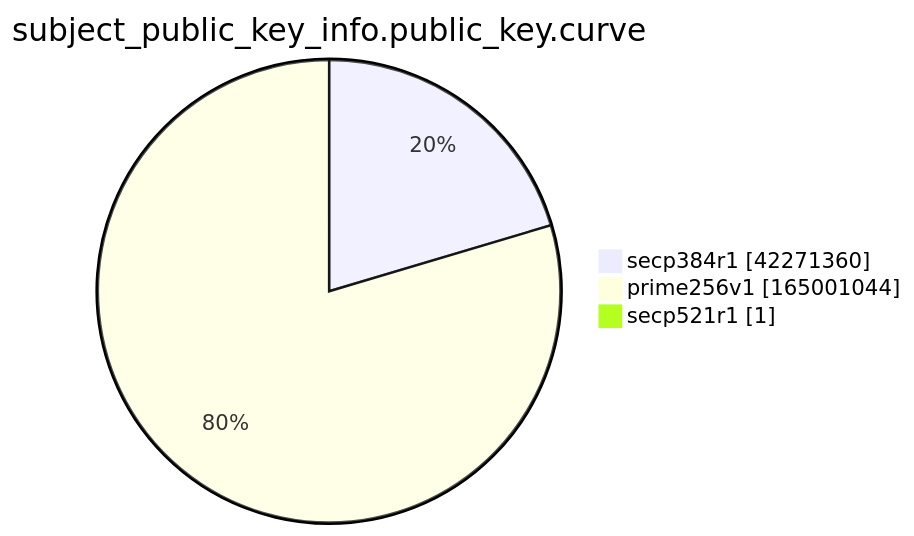
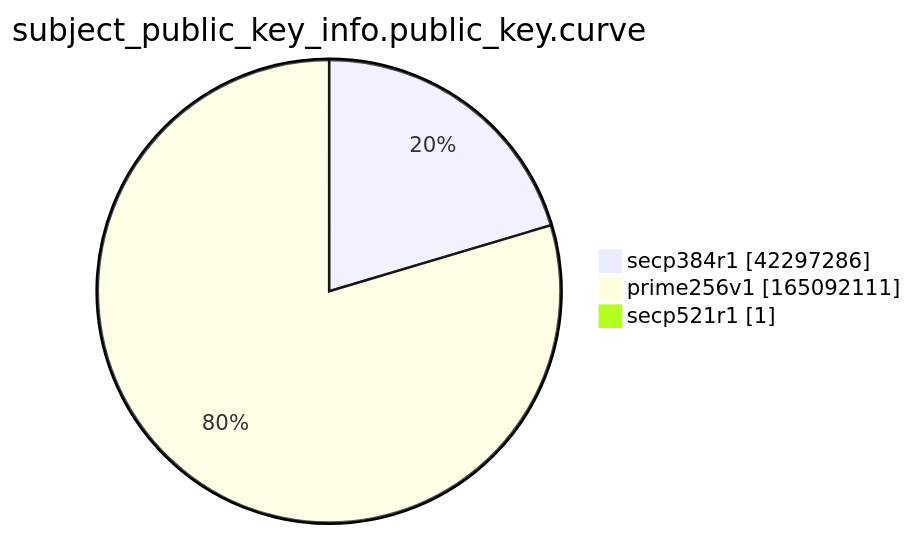
The ninth of 15 diagrams in xenon2022/README.md (christiankrug/ctmonitor_visualization), drawn with Mermaid before and after one commit. The commit also changed other lines of this file, not shown here.

````diff
--- a/xenon2022/README.md
+++ b/xenon2022/README.md
@@ -2869,7 +2869,7 @@
 ```mermaid
 pie showData
 title subject_public_key_info.public_key.curve
-"secp384r1" :42271360
-"prime256v1" :165001044
+"secp384r1" :42297286
+"prime256v1" :165092111
 "secp521r1" :1
 ```
````
